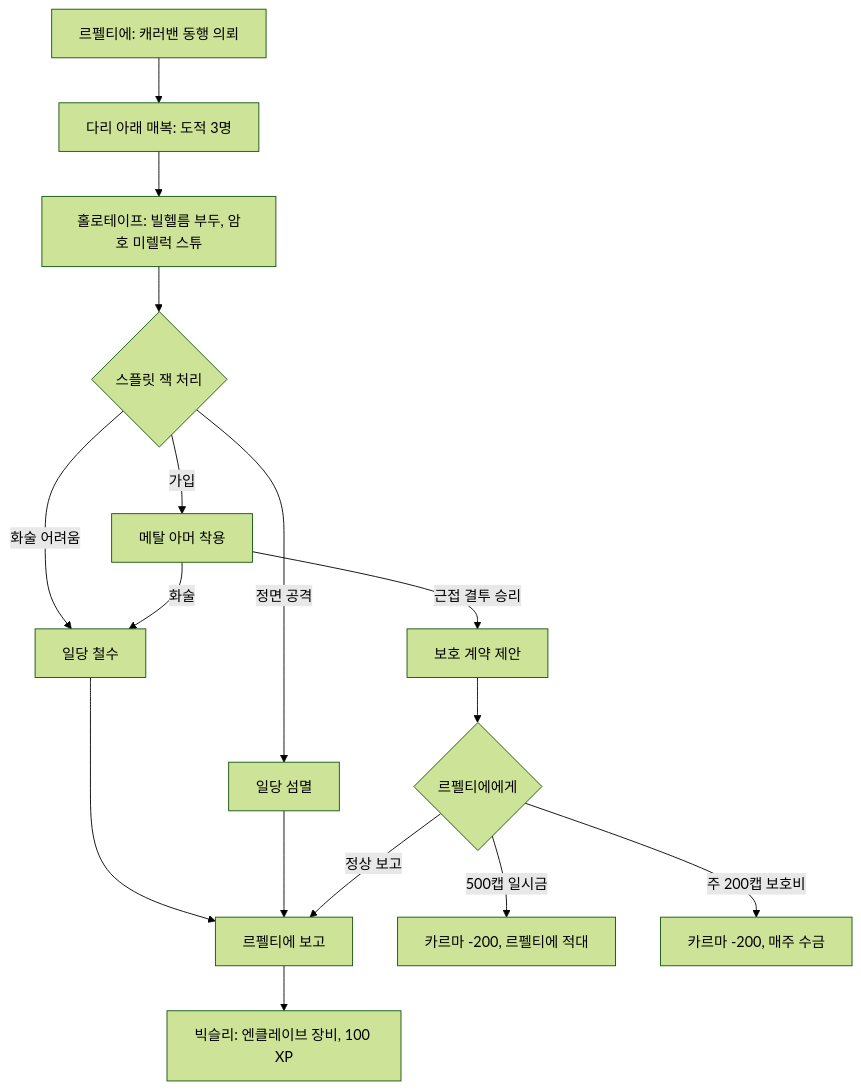
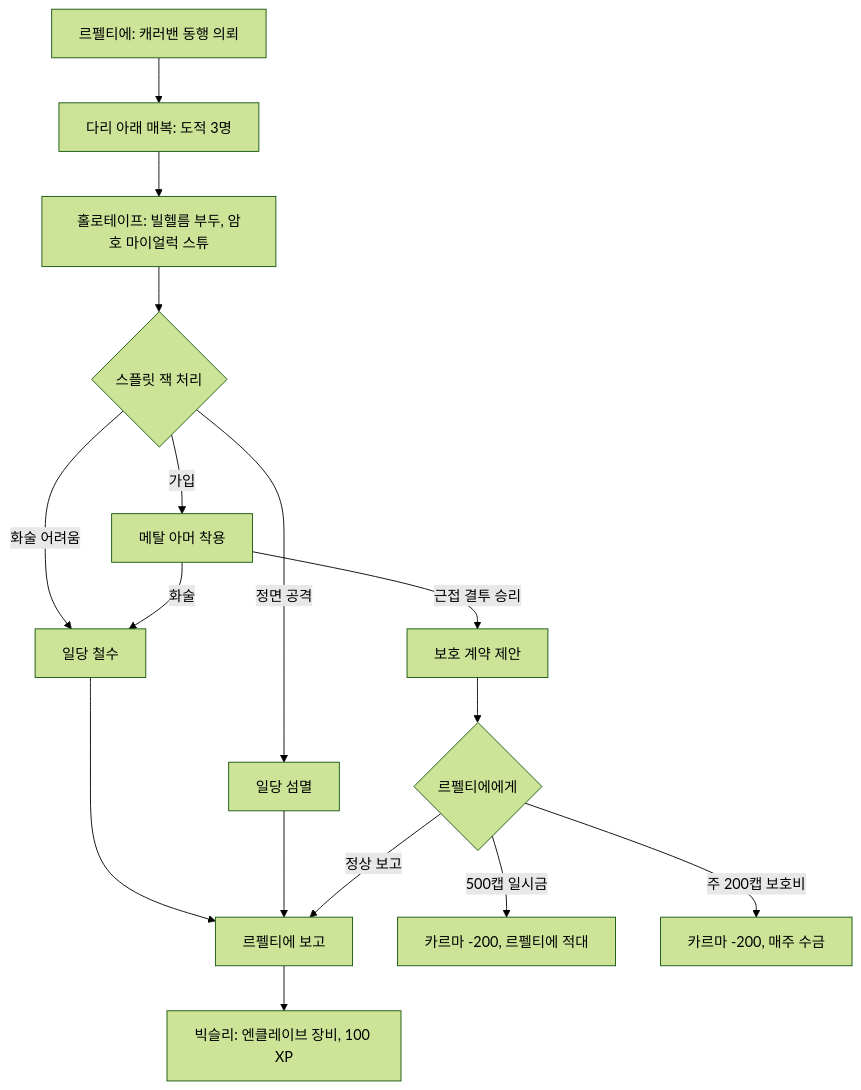
The sixth of 13 diagrams in docs/reverse-design/08c_dlc-broken-steel.md (forsurvive/003), drawn with Mermaid (forest theme) before and after one commit. The commit also changed other lines of this file and 21 other files, not shown here.

````diff
--- a/docs/reverse-design/08c_dlc-broken-steel.md
+++ b/docs/reverse-design/08c_dlc-broken-steel.md
@@ -630,18 +630,18 @@
 ```mermaid
 flowchart TD
     A["르펠티에: 캐러밴 동행 의뢰"] --> B["다리 아래 매복: 도적 3명"]
-    B --> C["홀로테이프: 빌헬름 부두, 암호 미렐럭 스튜"]
+    B --> C["홀로테이프: 빌헬름 부두, 암호 마이얼럭 스튜"]
     C --> D{"스플릿 잭 처리"}
     D -->|"화술 어려움"| E["일당 철수"]
     D -->|"정면 공격"| F["일당 섬멸"]
     D -->|"가입"| G["메탈 아머 착용"]
     G -->|"화술"| E
     G -->|"근접 결투 승리"| H["보호 계약 제안"]
     E --> I["르펠티에 보고"]
     F --> I
     H --> J{"르펠티에에게"}
     J -->|"정상 보고"| I
     J -->|"500캡 일시금"| K["카르마 -200, 르펠티에 적대"]
     J -->|"주 200캡 보호비"| L["카르마 -200, 매주 수금"]
     I --> M["빅슬리: 엔클레이브 장비, 100 XP"]
 ```
````
